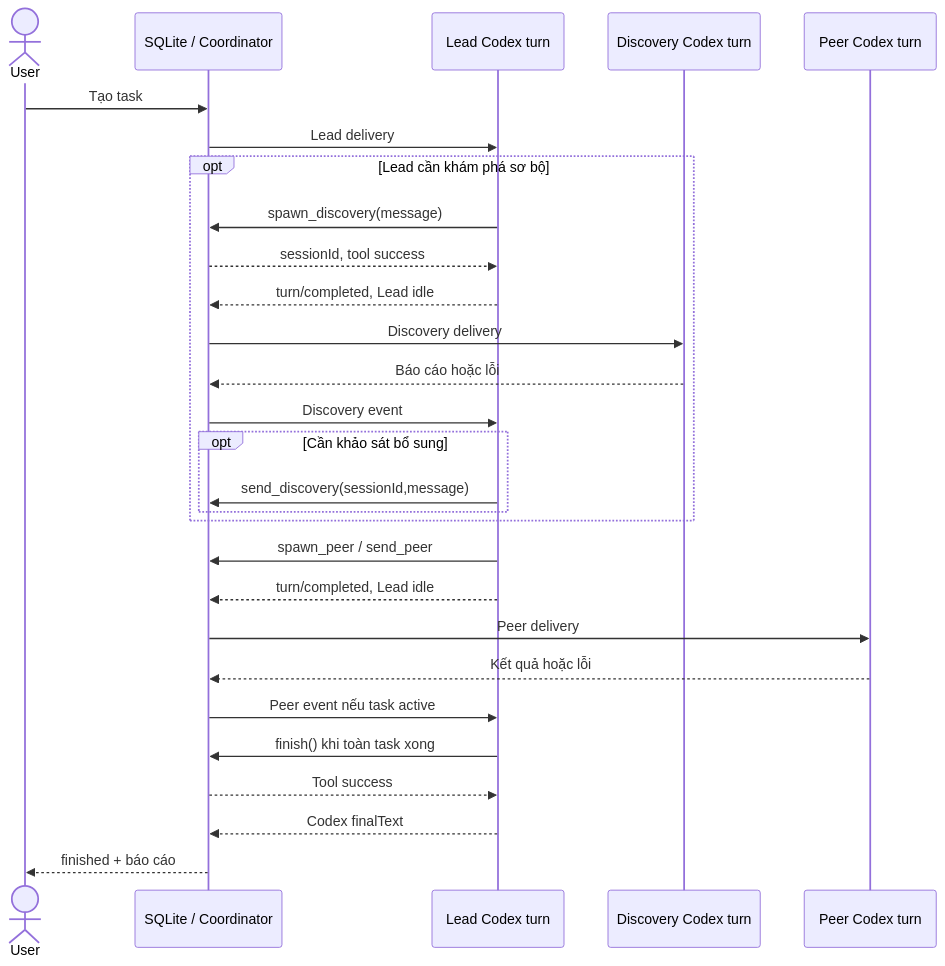
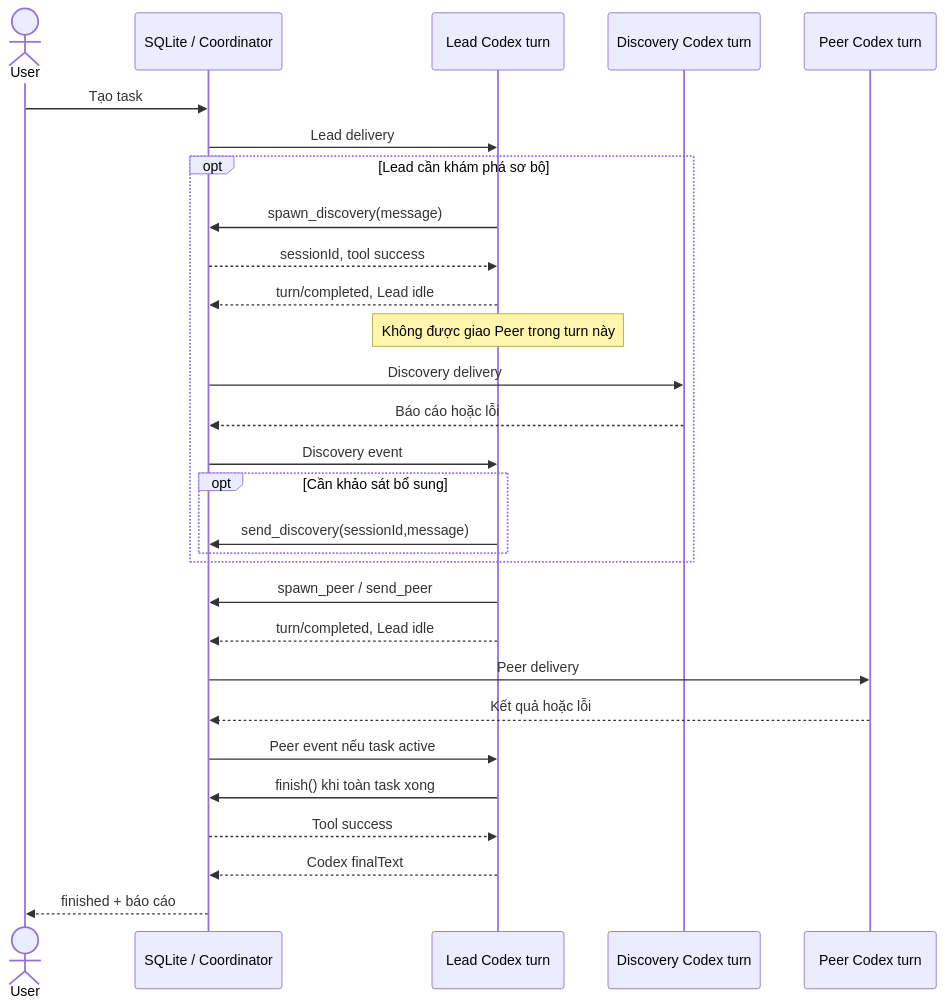
One commit to haketienloc10/ai-agent-control-center changed the diagram in docs/ARCHITECTURE.md. Above: the diagram before and after it, drawn with Mermaid. The commit also changed other lines of this file and 4 other files, not shown here.

Commit message:
fix(discovery): enforce Lead phase barrier before Peer delegation

````diff
--- a/docs/ARCHITECTURE.md
+++ b/docs/ARCHITECTURE.md
@@ -3,30 +3,31 @@
 ```mermaid
 sequenceDiagram
   actor User
   participant Store as SQLite / Coordinator
   participant Lead as Lead Codex turn
   participant Discovery as Discovery Codex turn
   participant Peer as Peer Codex turn
   User->>Store: Tạo task
   Store->>Lead: Lead delivery
   opt Lead cần khám phá sơ bộ
     Lead->>Store: spawn_discovery(message)
     Store-->>Lead: sessionId, tool success
     Lead-->>Store: turn/completed, Lead idle
+    Note over Lead: Không được giao Peer trong turn này
     Store->>Discovery: Discovery delivery
     Discovery-->>Store: Báo cáo hoặc lỗi
     Store->>Lead: Discovery event
     opt Cần khảo sát bổ sung
       Lead->>Store: send_discovery(sessionId,message)
     end
   end
   Lead->>Store: spawn_peer / send_peer
   Lead-->>Store: turn/completed, Lead idle
   Store->>Peer: Peer delivery
   Peer-->>Store: Kết quả hoặc lỗi
   Store->>Lead: Peer event nếu task active
   Lead->>Store: finish() khi toàn task xong
   Store-->>Lead: Tool success
   Lead-->>Store: Codex finalText
   Store-->>User: finished + báo cáo
 ```
````
